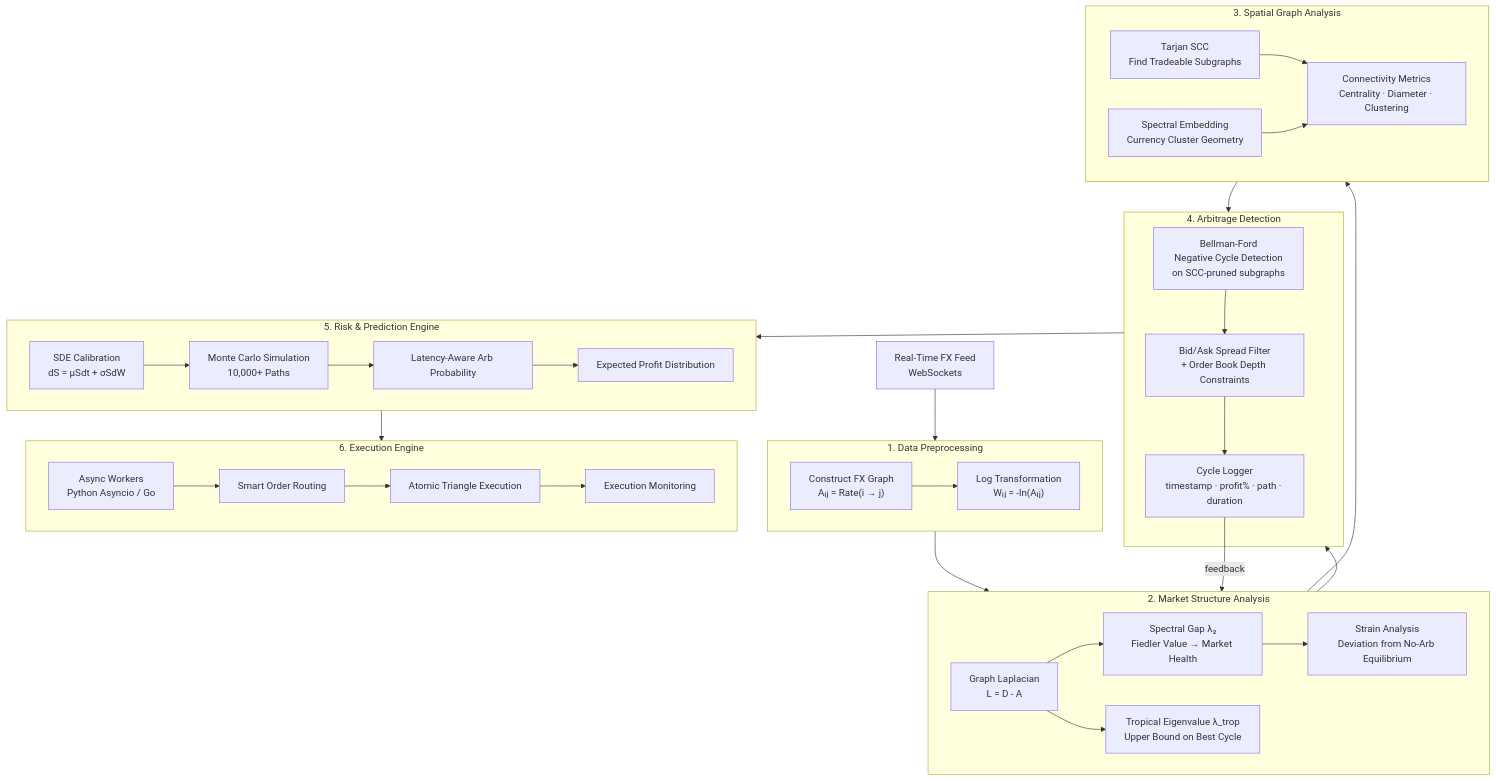
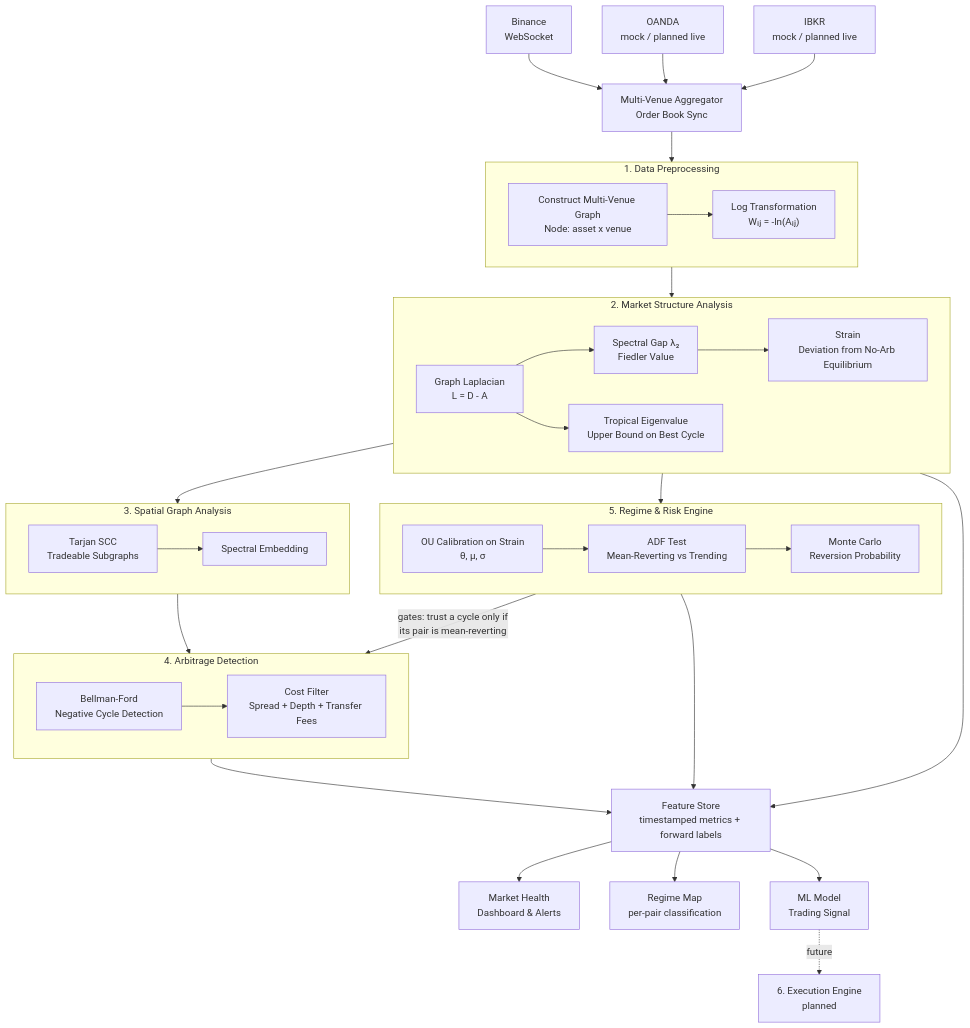
The diagram in README.md (ducanh19082007/laplacian-market-signals), drawn with Mermaid before and after one commit. The commit also changed other lines of this file, not shown here.

Commit message:
Revise README for clarity and project updates
Updated project description to clarify functionality and architecture. Added details on the multi-venue graph model and current project status.

````diff
--- a/README.md
+++ b/README.md
@@ -20,71 +15,66 @@
 ```mermaid
 flowchart TD
 
-    A["Real-Time FX Feed<br/>WebSockets"]
-    A --> B
+    A1["Binance<br/>WebSocket"]
+    A2["OANDA<br/>mock / planned live"]
+    A3["IBKR<br/>mock / planned live"]
+    A1 & A2 & A3 --> M
+
+    M["Multi-Venue Aggregator<br/>Order Book Sync"]
+    M --> B
 
     subgraph B["1. Data Preprocessing"]
-        B1["Construct FX Graph<br/>Aᵢⱼ = Rate(i → j)"]
+        B1["Construct Multi-Venue Graph<br/>Node: asset x venue"]
         B2["Log Transformation<br/>Wᵢⱼ = -ln(Aᵢⱼ)"]
         B1 --> B2
     end
 
     B --> C
+    C --> D
+    C --> F
 
     subgraph C["2. Market Structure Analysis"]
         C1["Graph Laplacian<br/>L = D - A"]
-        C2["Spectral Gap λ₂<br/>Fiedler Value → Market Health"]
-        C3["Tropical Eigenvalue λ_trop<br/>Upper Bound on Best Cycle"]
-        C4["Strain Analysis<br/>Deviation from No-Arb Equilibrium"]
+        C2["Spectral Gap λ₂<br/>Fiedler Value"]
+        C3["Tropical Eigenvalue<br/>Upper Bound on Best Cycle"]
+        C4["Strain<br/>Deviation from No-Arb Equilibrium"]
         C1 --> C2
         C1 --> C3
         C2 --> C4
     end
 
-    C --> D
-
     subgraph D["3. Spatial Graph Analysis"]
-        D1["Tarjan SCC<br/>Find Tradeable Subgraphs"]
-        D2["Spectral Embedding<br/>Currency Cluster Geometry"]
-        D3["Connectivity Metrics<br/>Centrality · Diameter · Clustering"]
-        D1 --> D3
-        D2 --> D3
+        D1["Tarjan SCC<br/>Tradeable Subgraphs"]
+        D2["Spectral Embedding"]
+        D1 --> D2
     end
 
-    C --> E
+    subgraph F["5. Regime & Risk Engine"]
+        F1["OU Calibration on Strain<br/>θ, μ, σ"]
+        F2["ADF Test<br/>Mean-Reverting vs Trending"]
+        F3["Monte Carlo<br/>Reversion Probability"]
+        F1 --> F2
+        F2 --> F3
+    end
+
     D --> E
+    F -->|gates: trust a cycle only if<br/>its pair is mean-reverting| E
 
     subgraph E["4. Arbitrage Detection"]
-        E1["Bellman-Ford<br/>Negative Cycle Detection<br/>on SCC-pruned subgraphs"]
-        E2["Bid/Ask Spread Filter<br/>+ Order Book Depth Constraints"]
-        E3["Cycle Logger<br/>timestamp · profit% · path · duration"]
+        E1["Bellman-Ford<br/>Negative Cycle Detection"]
+        E2["Cost Filter<br/>Spread + Depth + Transfer Fees"]
         E1 --> E2
-        E2 --> E3
     end
 
-    E3 -->|feedback| C
+    E --> G
+    F --> G
+    C --> G
 
-    E --> F
+    G["Feature Store<br/>timestamped metrics + forward labels"]
 
-    subgraph F["5. Risk & Prediction Engine"]
-        F1["SDE Calibration<br/>dS = μSdt + σSdW"]
-        F2["Monte Carlo Simulation<br/>10,000+ Paths"]
-        F3["Latency-Aware Arb Probability"]
-        F4["Expected Profit Distribution"]
-        F1 --> F2
-        F2 --> F3
-        F3 --> F4
-    end
+    G --> H1["Market Health<br/>Dashboard & Alerts"]
+    G --> H2["Regime Map<br/>per-pair classification"]
+    G --> H3["ML Model<br/>Trading Signal"]
 
-    F --> G
-
-    subgraph G["6. Execution Engine"]
-        G1["Async Workers<br/>Python Asyncio / Go"]
-        G2["Smart Order Routing"]
-        G3["Atomic Triangle Execution"]
-        G4["Execution Monitoring"]
-        G1 --> G2
-        G2 --> G3
-        G3 --> G4
-    end
+    H3 -.->|future| I["6. Execution Engine<br/>planned"]
 ```
````
